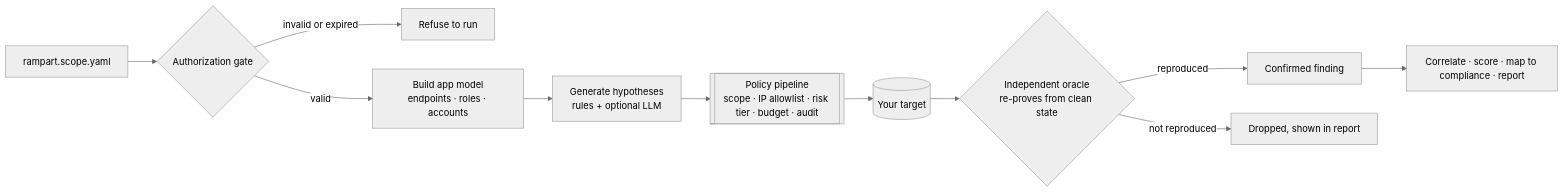
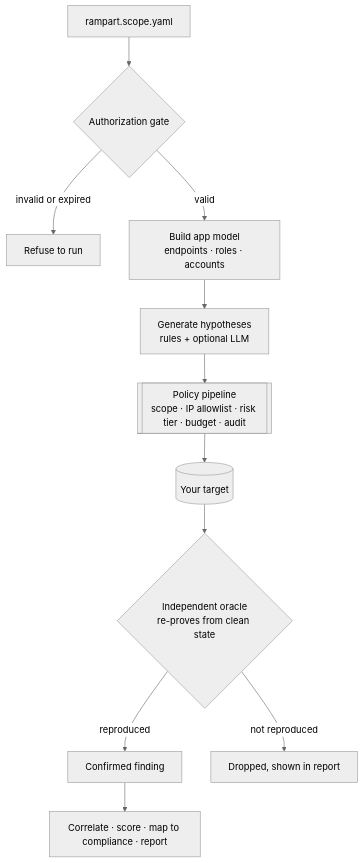
One commit to NitinReddy-A/HackOps_Recon changed the diagram in README.md. Above: the diagram before and after it, drawn with Mermaid (neutral theme).

Commit message:
README: draw the architecture diagram top-down so it stays legible

````diff
--- a/README.md
+++ b/README.md
@@ -382,13 +382,13 @@
 ```mermaid
-flowchart LR
+flowchart TD
     S[rampart.scope.yaml] --> G{Authorization gate}
     G -- invalid or expired --> X[Refuse to run]
     G -- valid --> M[Build app model<br/>endpoints · roles · accounts]
     M --> H[Generate hypotheses<br/>rules + optional LLM]
     H --> P[[Policy pipeline<br/>scope · IP allowlist · risk tier · budget · audit]]
     P --> T[(Your target)]
     T --> O{Independent oracle<br/>re-proves from clean state}
     O -- reproduced --> C[Confirmed finding]
     O -- not reproduced --> D[Dropped, shown in report]
     C --> R[Correlate · score · map to compliance · report]
 ```
````
